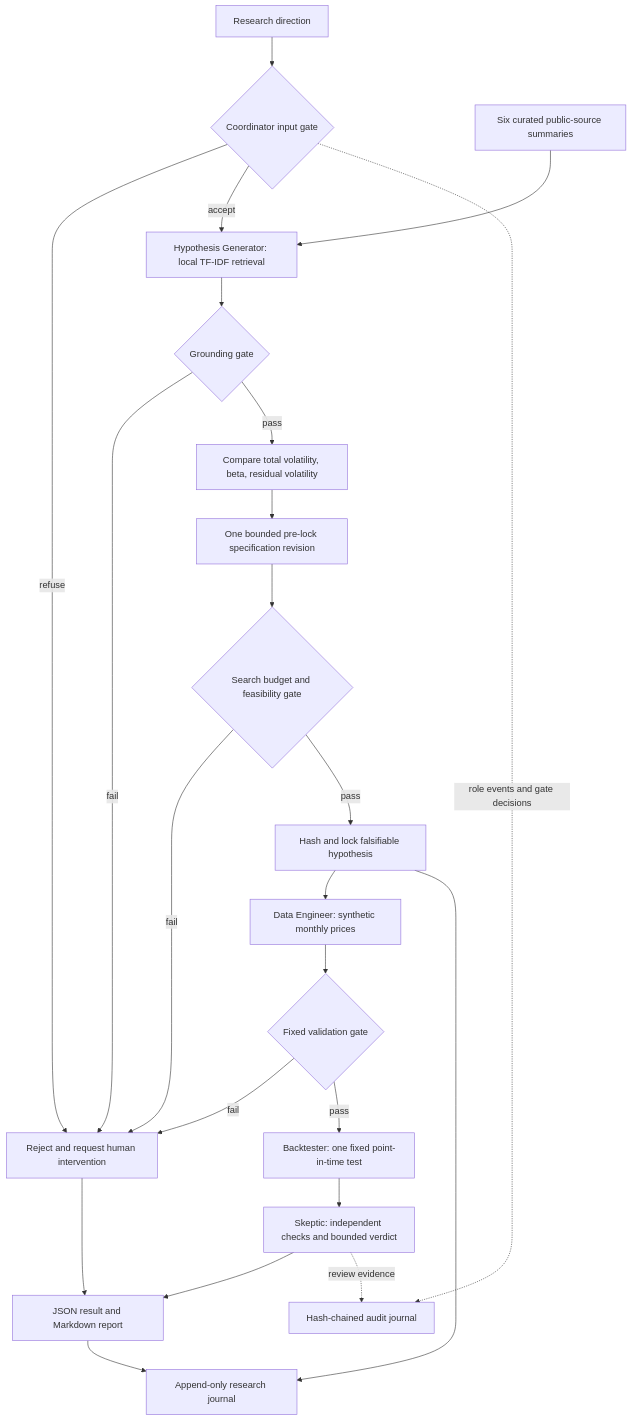
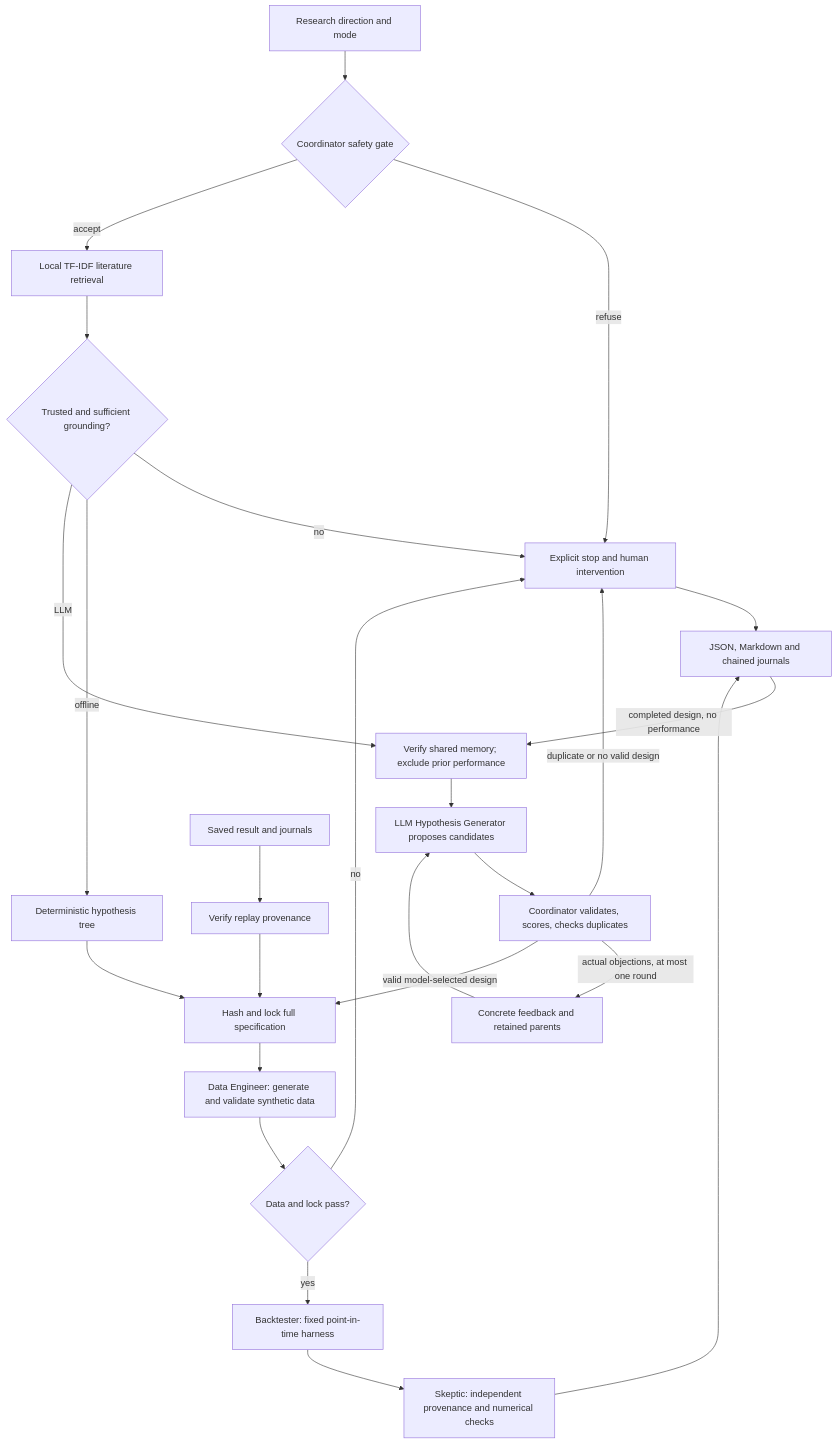
The diagram in README.md (markdawes08/investment-signal-research-agent), drawn with Mermaid before and after one commit. The commit also changed other lines of this file and 138 other files, not shown here.

````diff
--- a/README.md
+++ b/README.md
@@ -13,25 +17,27 @@
 ```mermaid
 flowchart TD
-    Request[Research direction] --> Guard{Coordinator input gate}
-    Guard -->|refuse| Stop[Reject and request human intervention]
-    Guard -->|accept| Retrieve[Hypothesis Generator: local TF-IDF retrieval]
-    Corpus[Six curated public-source summaries] --> Retrieve
-    Retrieve --> Ground{Grounding gate}
-    Ground -->|fail| Stop
-    Ground -->|pass| Search[Compare total volatility, beta, residual volatility]
-    Search --> Revision[One bounded pre-lock specification revision]
-    Revision --> Feasible{Search budget and feasibility gate}
-    Feasible -->|fail| Stop
-    Feasible -->|pass| Lock[Hash and lock falsifiable hypothesis]
-    Lock --> Data[Data Engineer: synthetic monthly prices]
-    Data --> Validate{Fixed validation gate}
-    Validate -->|fail| Stop
-    Validate -->|pass| Test[Backtester: one fixed point-in-time test]
-    Test --> Review[Skeptic: independent checks and bounded verdict]
-    Review --> Output[JSON result and Markdown report]
-    Stop --> Output
-    Lock --> Memory[Append-only research journal]
-    Output --> Memory
-    Guard -. role events and gate decisions .-> Audit[Hash-chained audit journal]
-    Review -. review evidence .-> Audit
+    Input[Research direction and mode] --> Guard{Coordinator safety gate}
+    Guard -->|refuse| Stop[Explicit stop and human intervention]
+    Guard -->|accept| Retrieve[Local TF-IDF literature retrieval]
+    Retrieve --> Ground{Trusted and sufficient grounding?}
+    Ground -->|no| Stop
+    Ground -->|offline| Offline[Deterministic hypothesis tree]
+    Ground -->|LLM| Memory[Verify shared memory; exclude prior performance]
+    Memory --> Propose[LLM Hypothesis Generator proposes candidates]
+    Propose --> Assess[Coordinator validates, scores, checks duplicates]
+    Assess -->|actual objections, at most one round| Feedback[Concrete feedback and retained parents]
+    Feedback --> Propose
+    Assess -->|duplicate or no valid design| Stop
+    Assess -->|valid model-selected design| Lock[Hash and lock full specification]
+    Offline --> Lock
+    Saved[Saved result and journals] --> Replay[Verify replay provenance]
+    Replay --> Lock
+    Lock --> Data[Data Engineer: generate and validate synthetic data]
+    Data --> Gate{Data and lock pass?}
+    Gate -->|no| Stop
+    Gate -->|yes| Test[Backtester: fixed point-in-time harness]
+    Test --> Skeptic[Skeptic: independent provenance and numerical checks]
+    Skeptic --> Report[JSON, Markdown and chained journals]
+    Stop --> Report
+    Report -->|completed design, no performance| Memory
 ```
````
